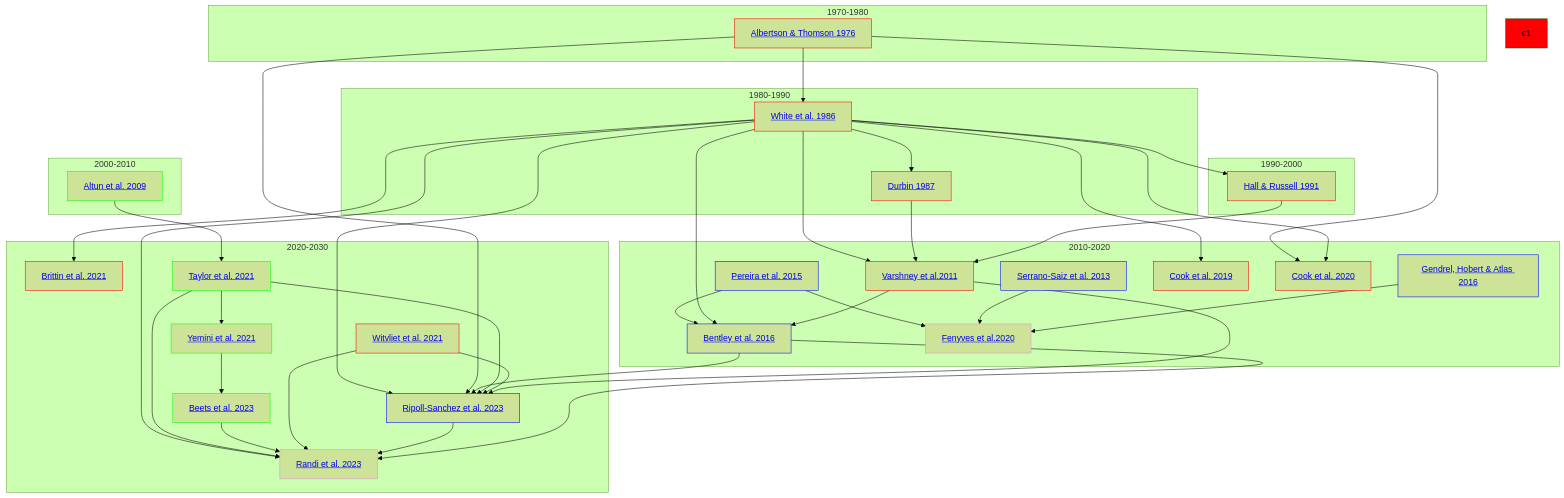
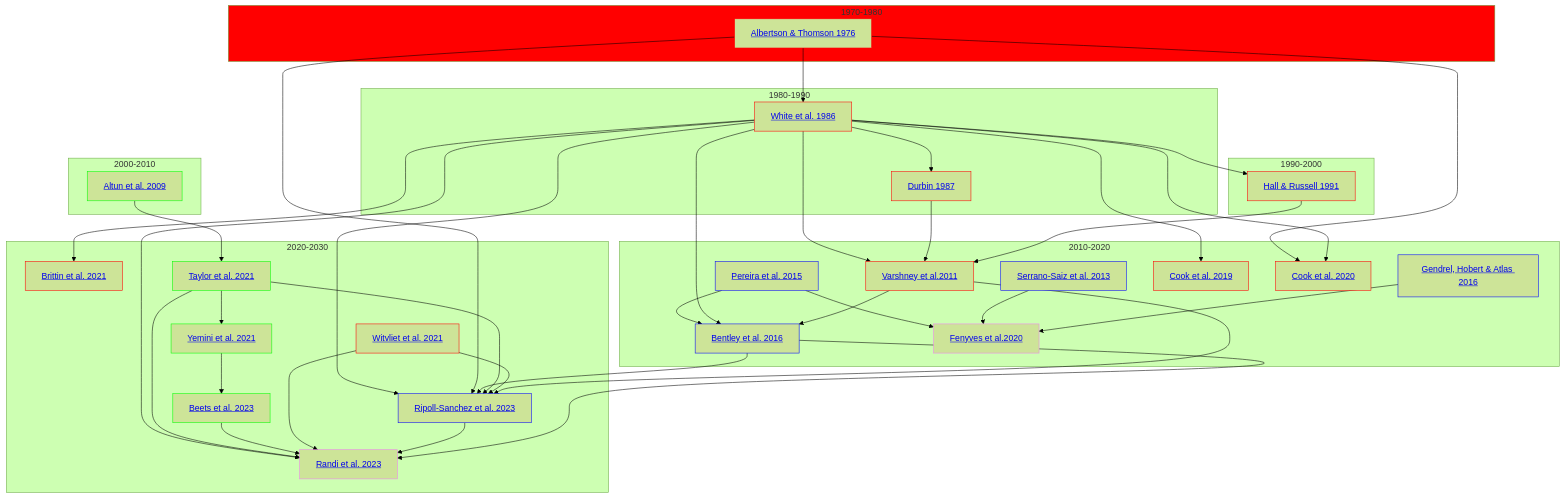
The diagram in Timeline.md (yasinthanvickneswaran/mermaidtest), drawn with Mermaid (forest theme) before and after one commit.

````diff
--- a/Timeline.md
+++ b/Timeline.md
@@ -1,68 +1,68 @@
 ```mermaid
 flowchart TD
     classDef anat stroke:#f00
     classDef gene stroke:#0f0
     classDef es stroke:#00f
     classDef func stroke:#ee82ee
 
 
     subgraph 1970-1980
-    style c1 fill: red
+    style 1970-1980 fill: red
     A1[<a href='https://github.com/yasinthanvickneswaran/ConnectomeToolbox/blob/main/docs/Albertson_Thompson_1976.md' >Albertson & Thomson 1976</a>]:::anat
     end
     subgraph 1980-1990
     A[<a href='https://github.com/yasinthanvickneswaran/ConnectomeToolbox/blob/main/docs/White_1986.md' >White et al. 1986</a>]:::anat & B[<a href='https://github.com/yasinthanvickneswaran/ConnectomeToolbox/blob/main/docs/Durbin_1987.md' >Durbin 1987</a>]:::anat
     end
 
     subgraph 1990-2000
     A2[<a href='https://github.com/yasinthanvickneswaran/ConnectomeToolbox/blob/main/docs/Hall_1991.md' >Hall & Russell 1991</a>]:::anat
     end
 
     subgraph 2000-2010
     C[<a href='https://github.com/yasinthanvickneswaran/ConnectomeToolbox/blob/main/docs/Altun_2009.md' >Altun et al. 2009</a>]:::gene 
     end
 
     subgraph 2010-2020
     D[<a href='https://github.com/yasinthanvickneswaran/ConnectomeToolbox/blob/main/docs/Varshney_2011.md' >Varshney et al.2011</a>]:::anat & E[<a href='https://github.com/yasinthanvickneswaran/ConnectomeToolbox/blob/main/docs/Pereira_2015.md' >Pereira et al. 2015</a>]:::es & E1[<a href='https://github.com/yasinthanvickneswaran/ConnectomeToolbox/blob/main/docs/Serrano_2013.md' >Serrano-Saiz et al. 2013</a>]:::es  & E2[<a href='https://github.com/yasinthanvickneswaran/ConnectomeToolbox/blob/main/docs/Gendrel_2016.md' >Gendrel, Hobert & Atlas 2016</a>]:::es & F[<a href='https://github.com/yasinthanvickneswaran/ConnectomeToolbox/blob/main/docs/Bentley_2016.md' >Bentley et al. 2016 </a>]:::es & G[<a href='https://github.com/yasinthanvickneswaran/ConnectomeToolbox/blob/main/docs/Cook_2019.md' >Cook et al. 2019</a>]:::anat & H[<a href='https://github.com/yasinthanvickneswaran/ConnectomeToolbox/blob/main/docs/Fenyves_2020.md' >Fenyves et al.2020</a>]:::func & I[<a href='https://github.com/yasinthanvickneswaran/ConnectomeToolbox/blob/main/docs/Cook_2020.md' >Cook et al. 2020</a>]:::anat
     end
 
     subgraph 2020-2030
     J[<a href='https://github.com/yasinthanvickneswaran/ConnectomeToolbox/blob/main/docs/Brittin_2021.md' >Brittin et al. 2021</a>]:::anat & K[<a href='https://github.com/yasinthanvickneswaran/ConnectomeToolbox/blob/main/docs/Witvliet_2021.md' >Witvliet et al. 2021</a>]:::anat & L[<a href='https://github.com/yasinthanvickneswaran/ConnectomeToolbox/blob/main/docs/Taylor_2021.md' >Taylor et al. 2021</a>]:::gene & M[<a href='https://github.com/yasinthanvickneswaran/ConnectomeToolbox/blob/main/docs/Yemini_2021.md' >Yemini et al. 2021</a>]:::gene & N[<a href='https://github.com/yasinthanvickneswaran/ConnectomeToolbox/blob/main/docs/Beets_2023.md' >Beets et al. 2023</a>]:::gene & P[<a href='https://github.com/yasinthanvickneswaran/ConnectomeToolbox/blob/main/docs/Randi_2023.md' >Randi et al. 2023</a>]:::func & NP[<a href='https://github.com/yasinthanvickneswaran/ConnectomeToolbox/blob/main/docs/Ripoll_2023.md' >Ripoll-Sanchez et al. 2023</a>]:::es
     end     
 
 
     E --> H
     E1 --> H
     E2 --> H
     E --> F
     C --> L
     L --> M
     M --> N
     A --> B
     A1 --> A
     A1 --> I
     A  --> A2
     A --> D
     B --> D
     A2 --> D
     A --> G
     A --> I
     A --> J
     A --> F
     D --> F
     A --> NP
     A1 --> NP
     F --> NP
     L --> NP
     K --> NP
     D --> NP
     A --> P
     L --> P
     N --> P
     K --> P
     NP --> P
     F --> P
 
     
     
 ```
````
